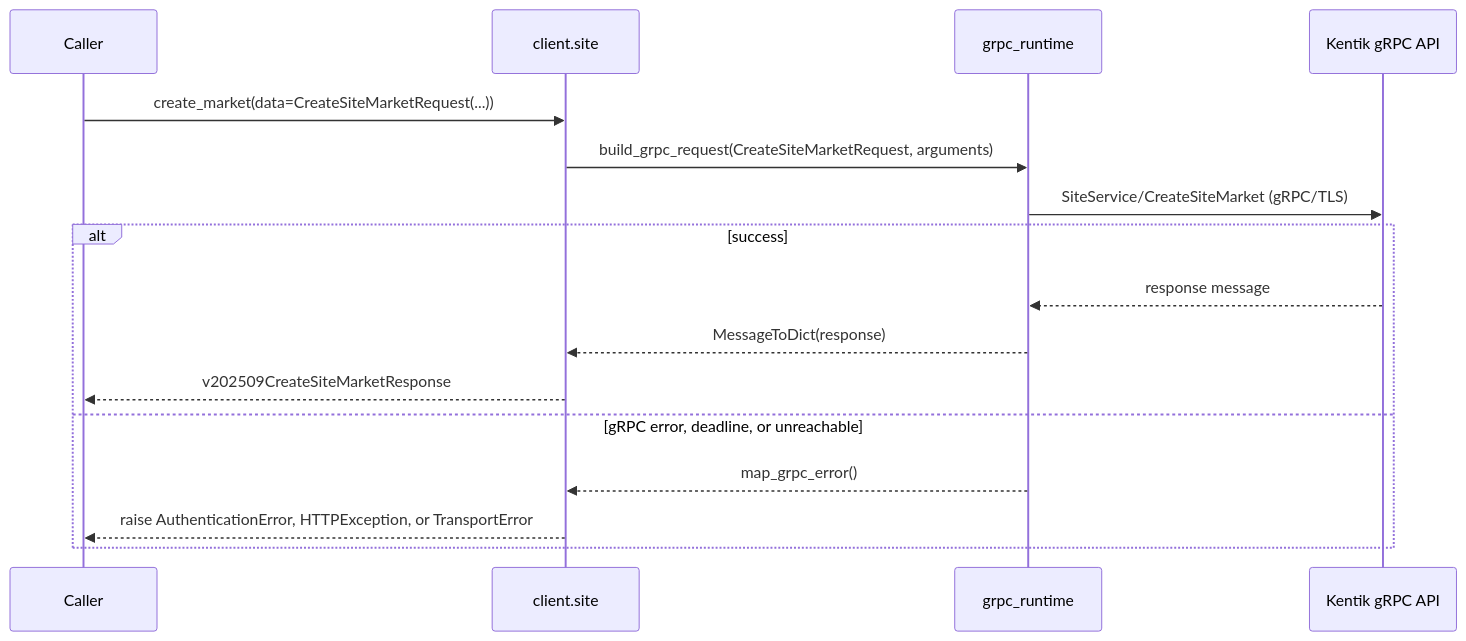
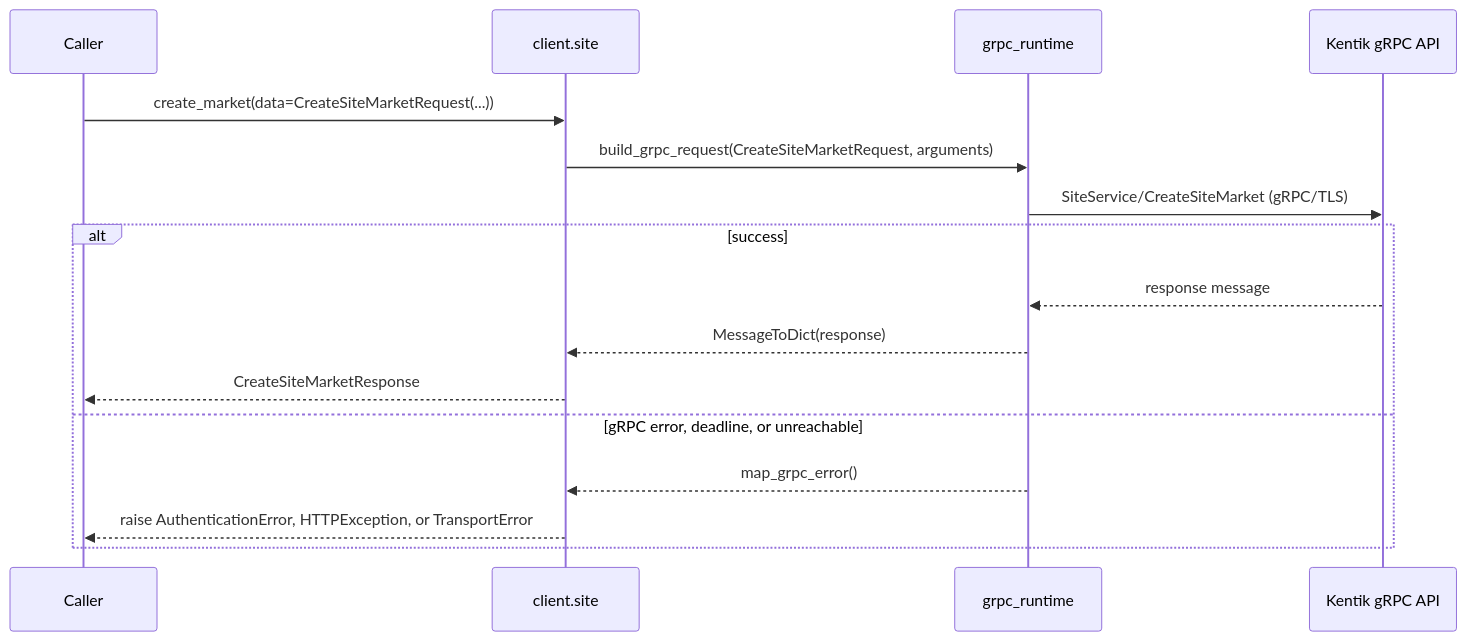
The fifth of 22 diagrams in docs/sphinx/services/site.md (alexdearaujo/community_sdk_python), drawn with Mermaid before and after one commit. The commit also changed other lines of this file and 38 other files, not shown here.

````diff
--- a/docs/sphinx/services/site.md
+++ b/docs/sphinx/services/site.md
@@ -127,19 +127,19 @@
 ```mermaid
 sequenceDiagram
     participant C as Caller
     participant W as client.site
     participant R as grpc_runtime
     participant API as Kentik gRPC API
 
     C->>W: create_market(data=CreateSiteMarketRequest(...))
     W->>R: build_grpc_request(CreateSiteMarketRequest, arguments)
     R->>API: SiteService/CreateSiteMarket (gRPC/TLS)
     alt success
         API-->>R: response message
         R-->>W: MessageToDict(response)
-        W-->>C: v202509CreateSiteMarketResponse
+        W-->>C: CreateSiteMarketResponse
     else gRPC error, deadline, or unreachable
         R-->>W: map_grpc_error()
         W-->>C: raise AuthenticationError, HTTPException, or TransportError
     end
 ```
````
